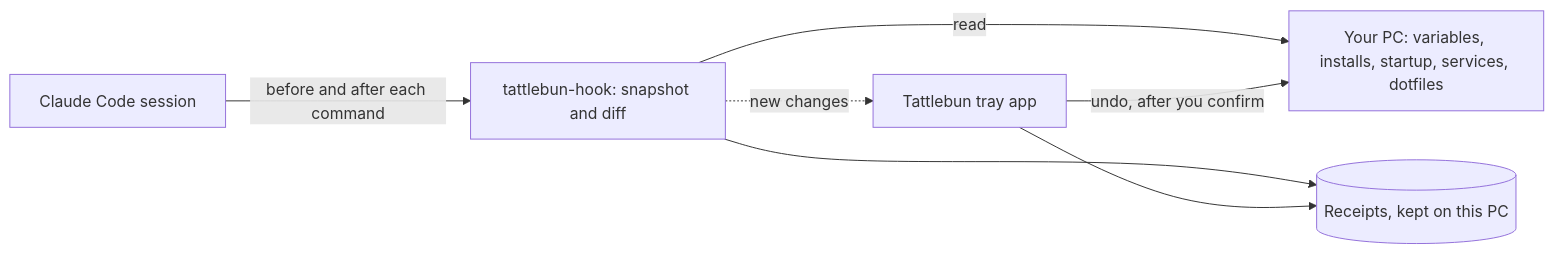
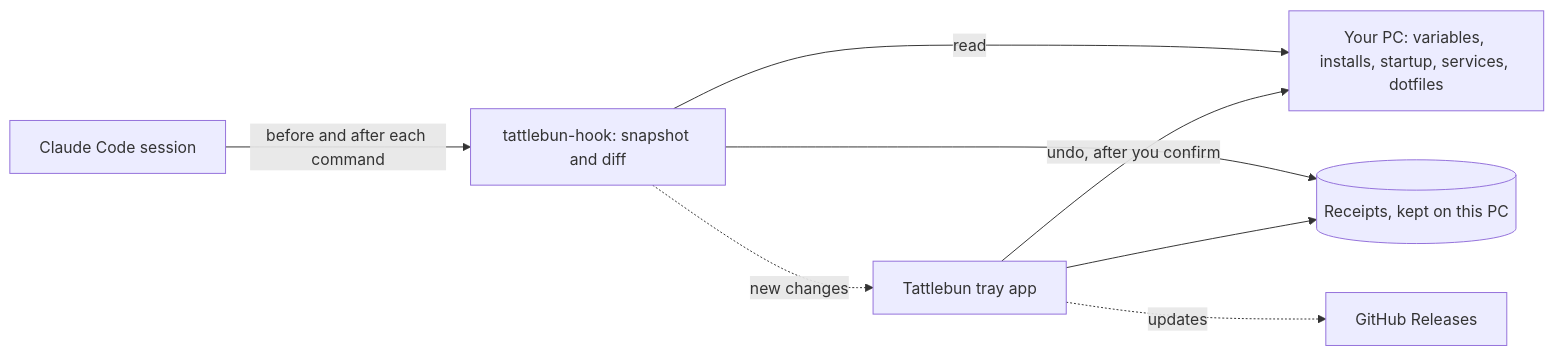
Before and after one commit to hazeliscoding/tattlebun: the diagram in README.md, drawn with Mermaid. The commit also changed other lines of this file and 2 other files, not shown here.

````diff
--- a/README.md
+++ b/README.md
@@ -57,9 +57,10 @@
 ```mermaid
 flowchart LR
     agent["Claude Code session"] -- "before and after each command" --> hook["tattlebun-hook: snapshot and diff"]
     hook -- "read" --> pc["Your PC: variables, installs, startup, services, dotfiles"]
     hook --> db[("Receipts, kept on this PC")]
     hook -. "new changes" .-> tray["Tattlebun tray app"]
     tray --> db
+    tray -. "updates" .-> releases["GitHub Releases"]
     tray -- "undo, after you confirm" --> pc
 ```
````
